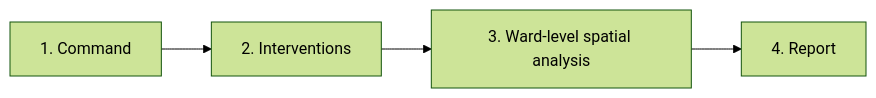
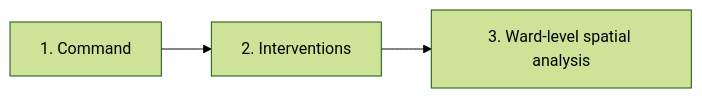
The first of 4 diagrams in README.md (ashoka0402/final_year_project), drawn with Mermaid (forest theme) before and after one commit. The commit also changed other lines of this file, not shown here.

````diff
--- a/README.md
+++ b/README.md
@@ -156,4 +137,4 @@
 ```mermaid
 flowchart LR
-    C["1. Command"] --> I["2. Interventions"] --> R["3. Ward-level spatial analysis"] --> P["4. Report"]
+    C["1. Command"] --> I["2. Interventions"] --> R["3. Ward-level spatial analysis"]
 ```
````
